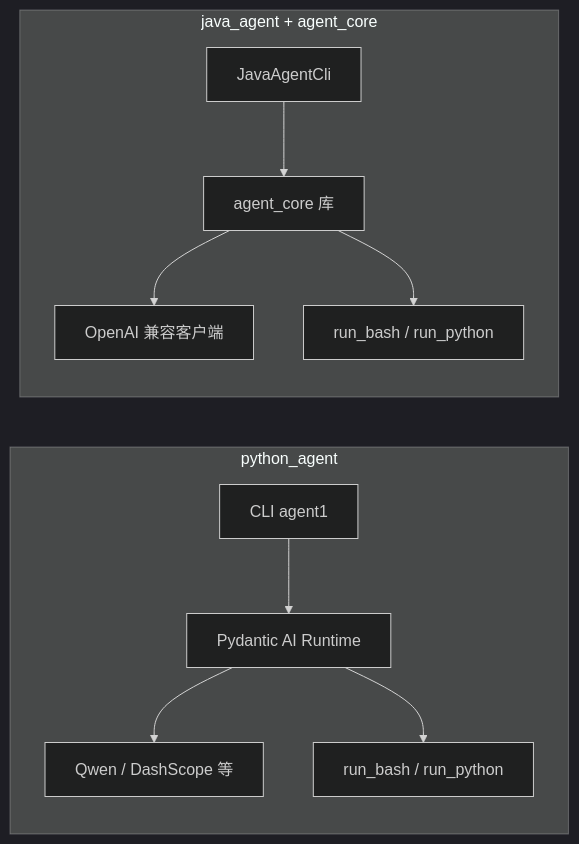
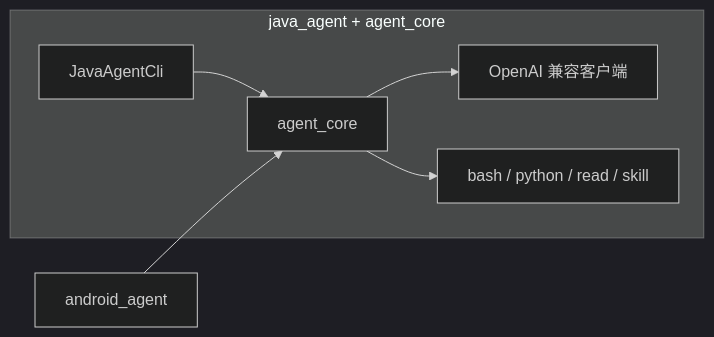
One commit to fengshihao/agent1 changed the diagram in README.md. Above: the diagram before and after it, drawn with Mermaid (dark theme). The commit also changed other lines of this file and 34 other files, not shown here.

Commit message:
chore: remove python_agent and replace CI with Java tests

````diff
--- a/README.md
+++ b/README.md
@@ -168,18 +70,11 @@
 ```mermaid
 flowchart LR
-  subgraph Python["python_agent"]
-    PCLI[CLI agent1]
-    PAgent[Pydantic AI Runtime]
-    PCLI --> PAgent
-    PAgent --> PLLM[Qwen / DashScope 等]
-    PAgent --> PTools[run_bash / run_python]
-  end
-
   subgraph Java["java_agent + agent_core"]
     JCLI[JavaAgentCli]
-    JCore[agent_core 库]
+    JCore[agent_core]
     JCLI --> JCore
     JCore --> JLLM[OpenAI 兼容客户端]
-    JCore --> JTools[run_bash / run_python]
+    JCore --> JTools[bash / python / read / skill]
   end
+  Android[android_agent] --> JCore
 ```
````
